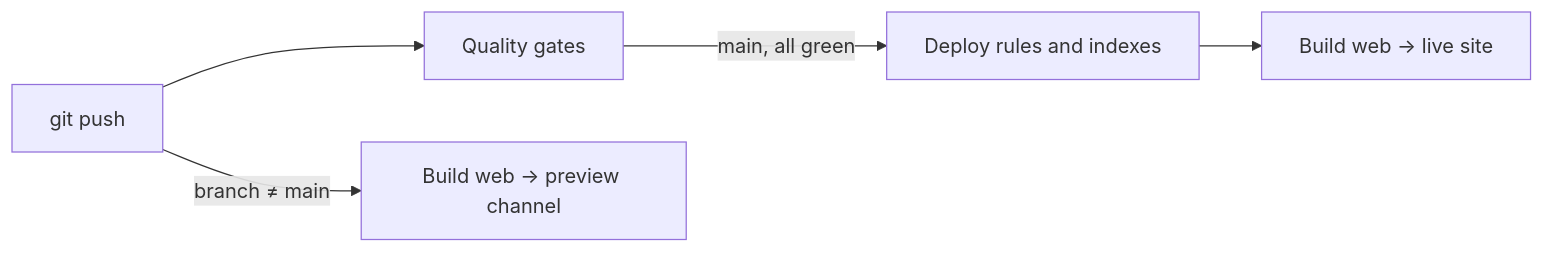
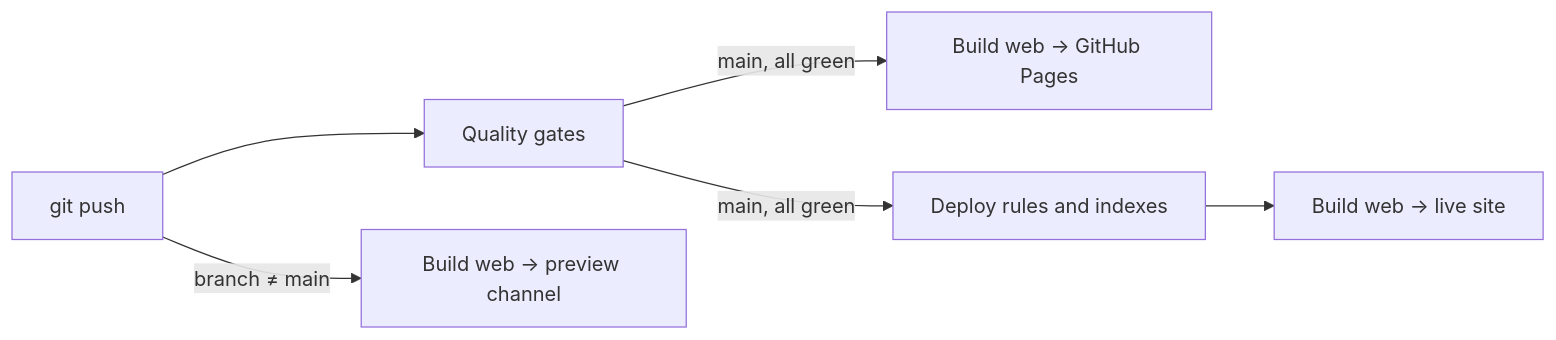
The diagram in docs/deployment.md (PePoDev/aiko), drawn with Mermaid before and after one commit. The commit also changed other lines of this file and 6 other files, not shown here.

First line of the commit message:
Deploy the web app to GitHub Pages at aiko.pepo.dev

````diff
--- a/docs/deployment.md
+++ b/docs/deployment.md
@@ -12,7 +12,8 @@
 ```mermaid
 flowchart LR
   push[git push] --> gates[Quality gates]
   push -->|branch ≠ main| preview[Build web → preview channel]
+  gates -->|main, all green| pages[Build web → GitHub Pages]
   gates -->|main, all green| rules[Deploy rules and indexes]
   rules --> live[Build web → live site]
 ```
````
